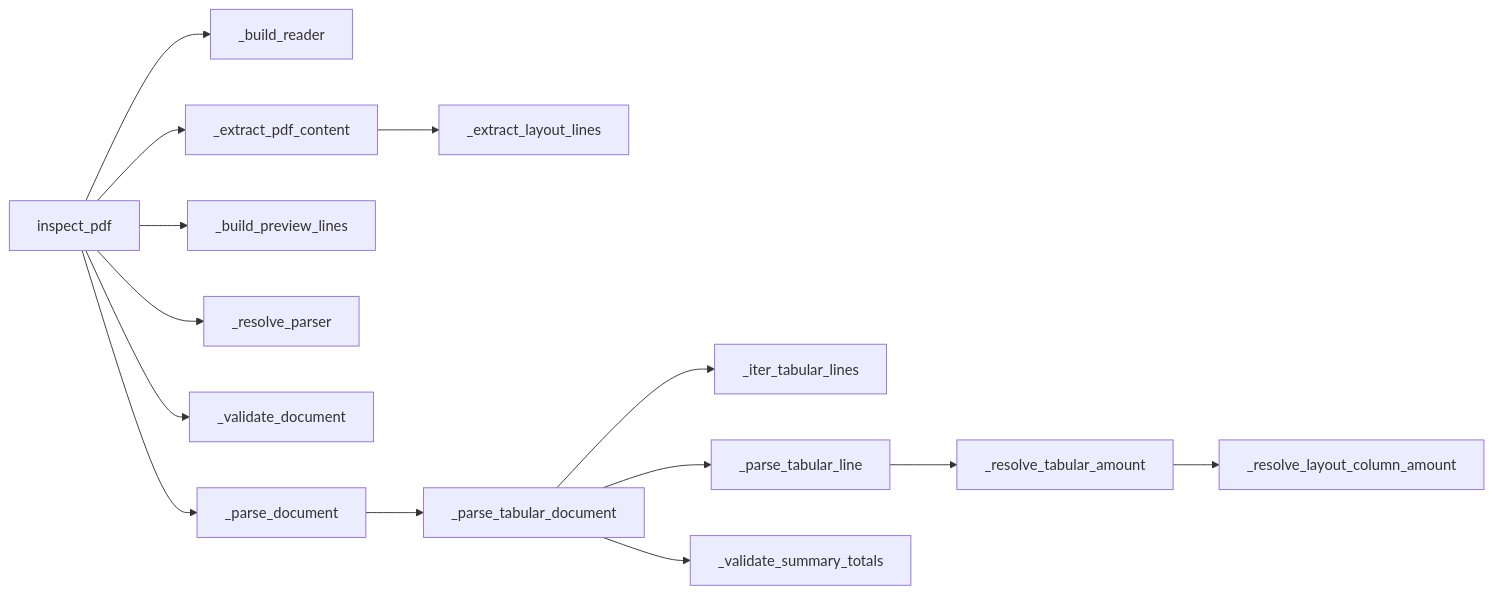
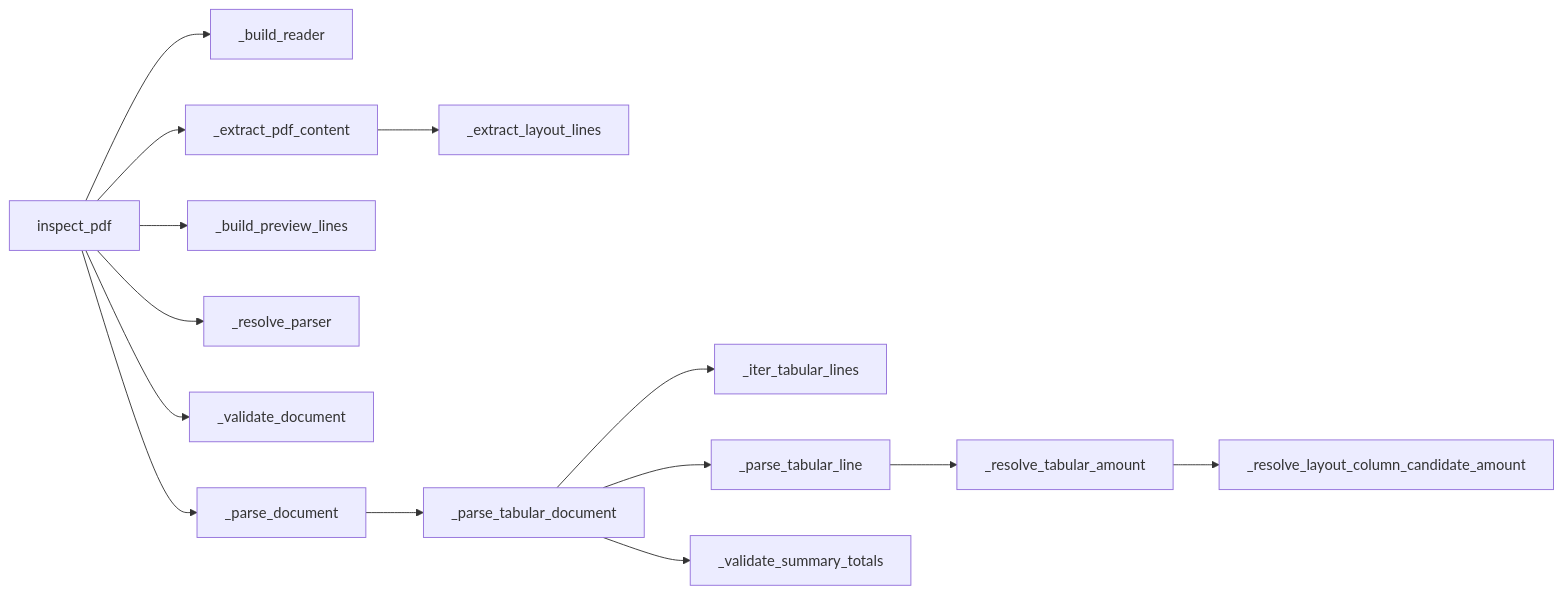
Before and after one commit to CristianIgnacio/SoloFinanzas: the third of 8 diagrams in docs/inspect_pdf_flow.md, drawn with Mermaid. The commit also changed 14 other files, not shown here.

````diff
--- a/docs/inspect_pdf_flow.md
+++ b/docs/inspect_pdf_flow.md
@@ -62,16 +62,16 @@
 ```mermaid
 flowchart LR
     A["inspect_pdf"] --> B["_build_reader"]
     A --> C["_extract_pdf_content"]
     C --> D["_extract_layout_lines"]
     A --> E["_build_preview_lines"]
     A --> F["_resolve_parser"]
     A --> G["_validate_document"]
     A --> H["_parse_document"]
     H --> I["_parse_tabular_document"]
     I --> J["_iter_tabular_lines"]
     I --> K["_parse_tabular_line"]
     K --> L["_resolve_tabular_amount"]
-    L --> M["_resolve_layout_column_amount"]
+    L --> M["_resolve_layout_column_candidate_amount"]
     I --> N["_validate_summary_totals"]
 ```
````
